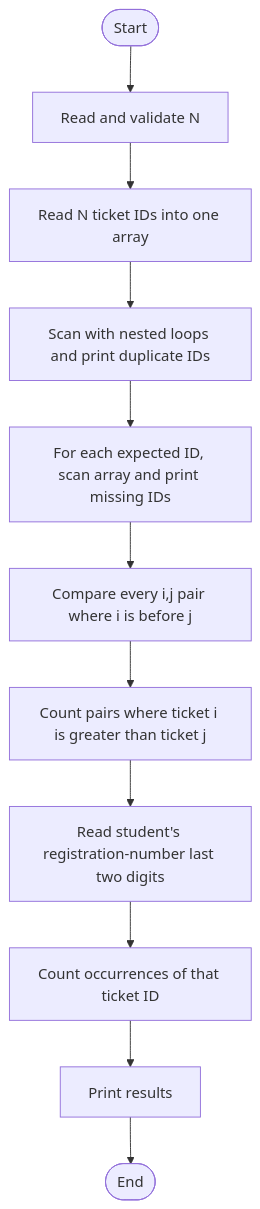
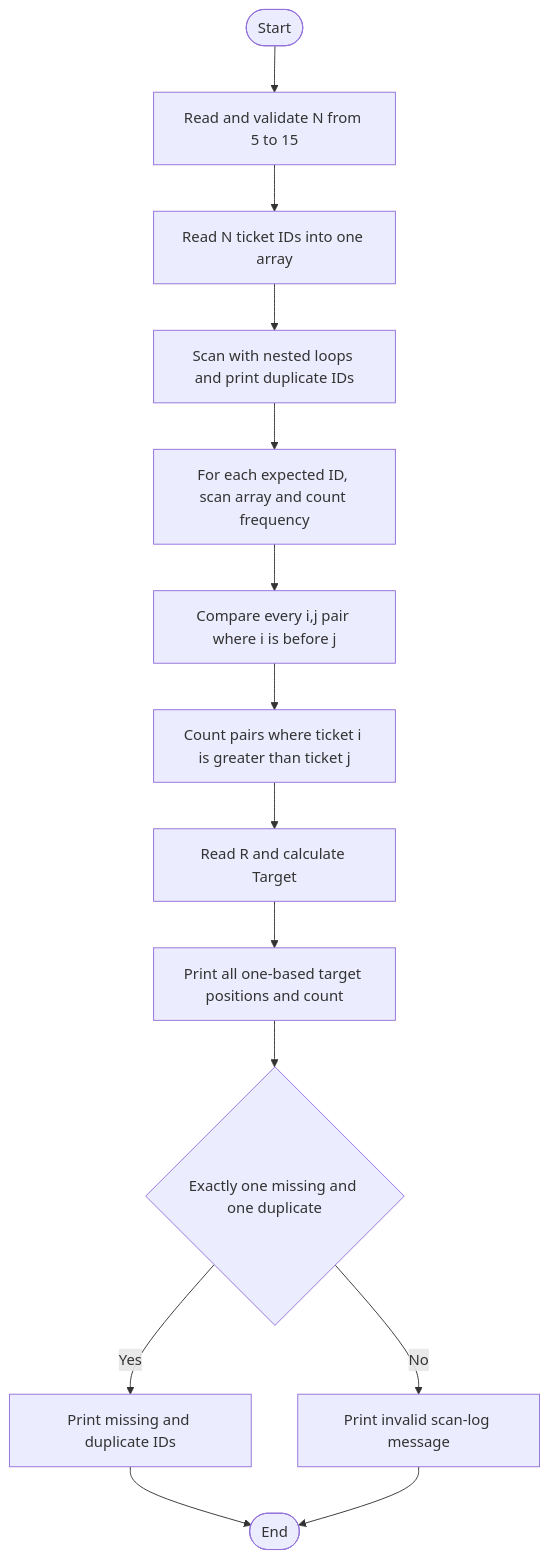
The diagram in Challenge-07/README.md (satiwikasrm-chai/30-Day-C-Programming-), drawn with Mermaid before and after one commit. The commit also changed other lines of this file and 1 other file, not shown here.

````diff
--- a/Challenge-07/README.md
+++ b/Challenge-07/README.md
@@ -30,13 +27,16 @@
 ```mermaid
 flowchart TD
-    A([Start]) --> B[Read and validate N]
+    A([Start]) --> B[Read and validate N from 5 to 15]
     B --> C[Read N ticket IDs into one array]
     C --> D[Scan with nested loops and print duplicate IDs]
-    D --> E[For each expected ID, scan array and print missing IDs]
+    D --> E[For each expected ID, scan array and count frequency]
     E --> F[Compare every i,j pair where i is before j]
     F --> G[Count pairs where ticket i is greater than ticket j]
-    G --> H[Read student's registration-number last two digits]
-    H --> I[Count occurrences of that ticket ID]
-    I --> J[Print results]
-    J --> K([End])
+    G --> H[Read R and calculate Target]
+    H --> I[Print all one-based target positions and count]
+    I --> J{Exactly one missing and one duplicate}
+    J -- Yes --> K[Print missing and duplicate IDs]
+    J -- No --> L[Print invalid scan-log message]
+    K --> M([End])
+    L --> M
 ```
````
